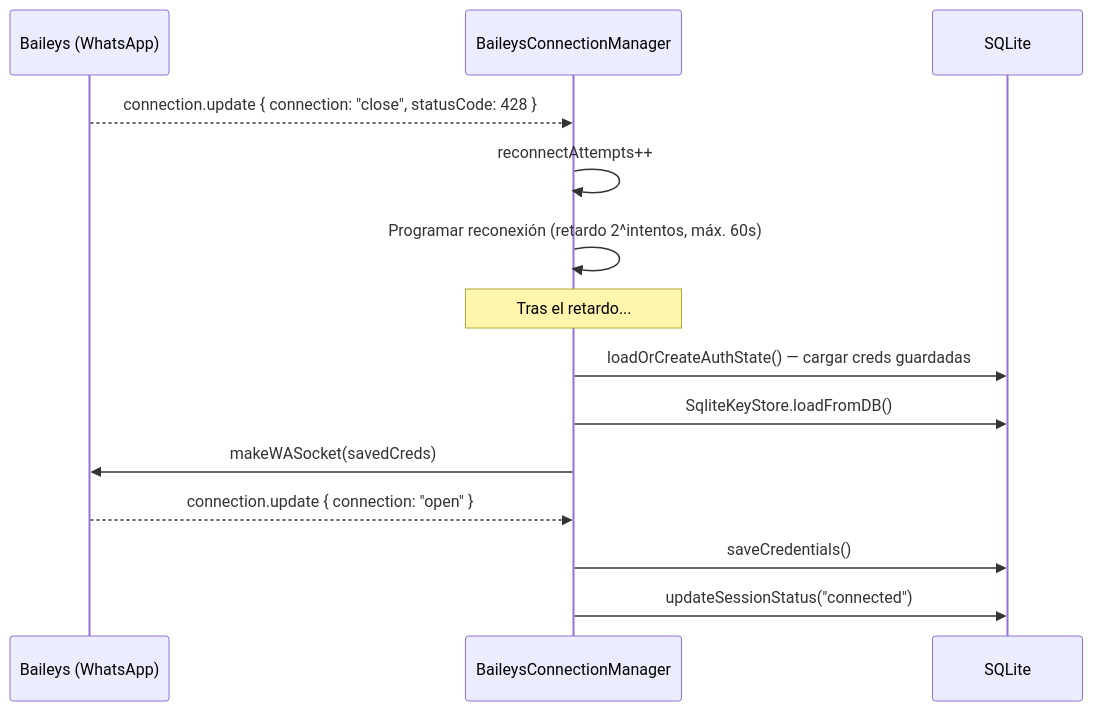
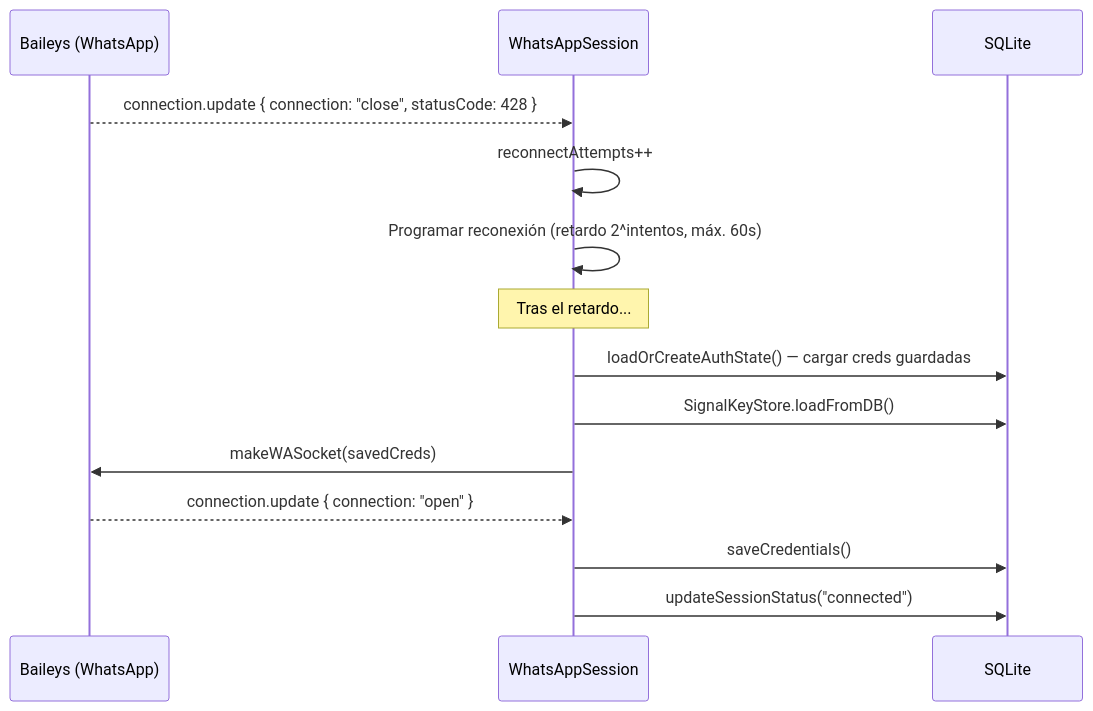
One commit to Fibra-Labs/chepibe-personal changed the sixth of 9 diagrams in docs/whatsapp-session-lifecycle.md. Above: the diagram before and after it, drawn with Mermaid. The commit also changed other lines of this file and 41 other files, not shown here.

First line of the commit message:
refactor(types): SessionStatus enum, Baileys namespace, StateMachineAction

````diff
--- a/docs/whatsapp-session-lifecycle.md
+++ b/docs/whatsapp-session-lifecycle.md
@@ -175,17 +166,17 @@
 ```mermaid
 sequenceDiagram
     participant BA as Baileys (WhatsApp)
-    participant MGR as BaileysConnectionManager
+    participant WS as WhatsAppSession
     participant DB as SQLite
 
-    BA-->>MGR: connection.update { connection: "close", statusCode: 428 }
-    MGR->>MGR: reconnectAttempts++
-    MGR->>MGR: Programar reconexión (retardo 2^intentos, máx. 60s)
-    Note over MGR: Tras el retardo...
-    MGR->>DB: loadOrCreateAuthState() — cargar creds guardadas
-    MGR->>DB: SqliteKeyStore.loadFromDB()
-    MGR->>BA: makeWASocket(savedCreds)
-    BA-->>MGR: connection.update { connection: "open" }
-    MGR->>DB: saveCredentials()
-    MGR->>DB: updateSessionStatus("connected")
+    BA-->>WS: connection.update { connection: "close", statusCode: 428 }
+    WS->>WS: reconnectAttempts++
+    WS->>WS: Programar reconexión (retardo 2^intentos, máx. 60s)
+    Note over WS: Tras el retardo...
+    WS->>DB: loadOrCreateAuthState() — cargar creds guardadas
+    WS->>DB: SignalKeyStore.loadFromDB()
+    WS->>BA: makeWASocket(savedCreds)
+    BA-->>WS: connection.update { connection: "open" }
+    WS->>DB: saveCredentials()
+    WS->>DB: updateSessionStatus("connected")
 ```
````
